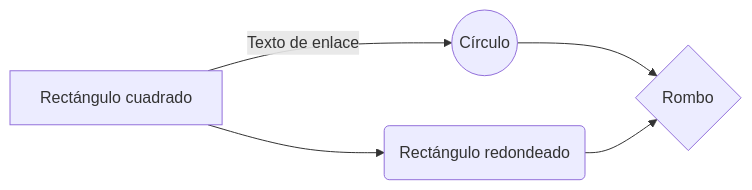
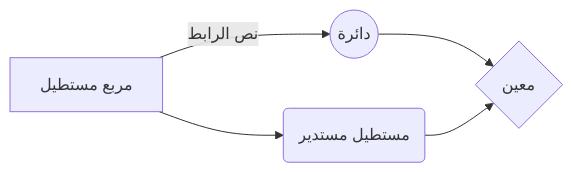
Before and after one commit to linyuxuanlin/Wiki_MkDocs: the second of 5 diagrams in docs/ar/MkDocs测试实验室.md, drawn with Mermaid. The commit also changed other lines of this file and 23 other files, not shown here.

````diff
--- a/docs/ar/MkDocs测试实验室.md
+++ b/docs/ar/MkDocs测试实验室.md
@@ -16,7 +16,7 @@
 ```mermaid
 graph LR
-    A[Rectángulo cuadrado] -- Texto de enlace --> B((Círculo))
-    A --> C(Rectángulo redondeado)
-    B --> D{Rombo}
+    A[مربع مستطيل] -- نص الرابط --> B((دائرة))
+    A --> C(مستطيل مستدير)
+    B --> D{معين}
     C --> D
 ```
````
